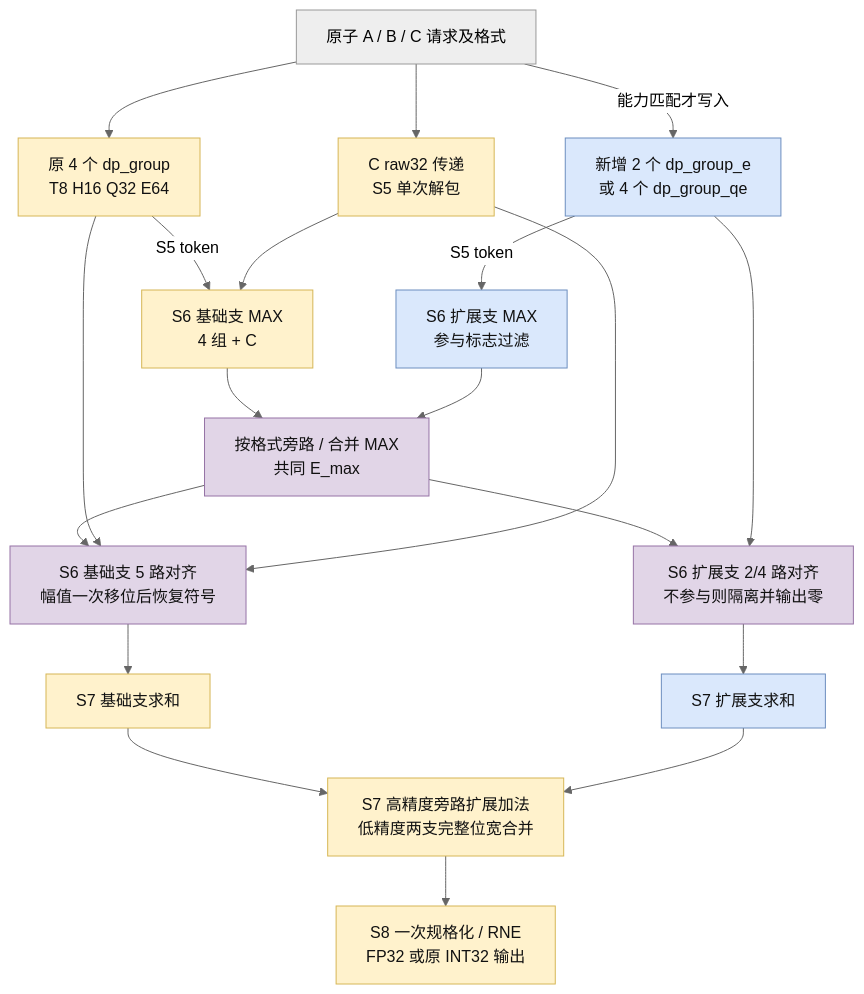
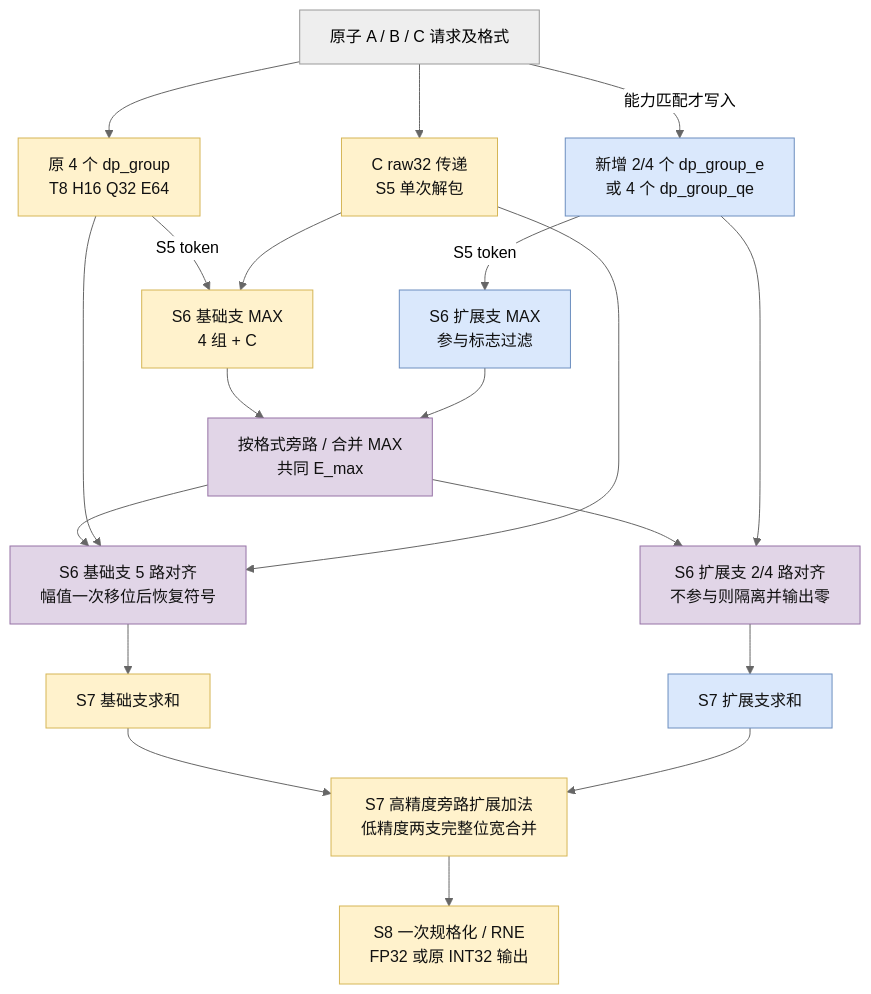
One commit to Futuresxy/DP-Puzzel changed the diagram in src/spec/dp/dptop/mixed-precision-expansion.md. Above: the diagram before and after it, drawn with Mermaid (neutral theme). The commit also changed other lines of this file and 23 other files, not shown here.

````diff
--- a/src/spec/dp/dptop/mixed-precision-expansion.md
+++ b/src/spec/dp/dptop/mixed-precision-expansion.md
@@ -23,40 +24,40 @@
 ```mermaid
 flowchart TB
   INPUT[原子 A / B / C 请求及格式]
   BASE[原 4 个 dp_group\nT8 H16 Q32 E64]
-  EXT[新增 2 个 dp_group_e\n或 4 个 dp_group_qe]
+  EXT[新增 2/4 个 dp_group_e\n或 4 个 dp_group_qe]
   C[C raw32 传递\nS5 单次解包]
   BM[S6 基础支 MAX\n4 组 + C]
   EM[S6 扩展支 MAX\n参与标志过滤]
   MAX[按格式旁路 / 合并 MAX\n共同 E_max]
   BA[S6 基础支 5 路对齐\n幅值一次移位后恢复符号]
   EA[S6 扩展支 2/4 路对齐\n不参与则隔离并输出零]
   BS[S7 基础支求和]
   ES[S7 扩展支求和]
   SUM[S7 高精度旁路扩展加法\n低精度两支完整位宽合并]
   OUT[S8 一次规格化 / RNE\nFP32 或原 INT32 输出]
   INPUT --> BASE
   INPUT -->|能力匹配才写入| EXT
   INPUT --> C
   BASE -->|S5 token| BM
   C --> BM
   EXT -->|S5 token| EM
   BM --> MAX
   EM --> MAX
   MAX --> BA
   MAX --> EA
   BASE --> BA
   C --> BA
   EXT --> EA
   BA --> BS
   EA --> ES
   BS --> SUM
   ES --> SUM
   SUM --> OUT
   classDef base fill:#fff2cc,stroke:#d6b656,color:#111;
   classDef extension fill:#dae8fc,stroke:#6c8ebf,color:#111;
   classDef align fill:#e1d5e7,stroke:#9673a6,color:#111;
   class BASE,C,BM,BS,SUM,OUT base;
   class EXT,EM,ES extension;
   class MAX,BA,EA align;
 ```
````
